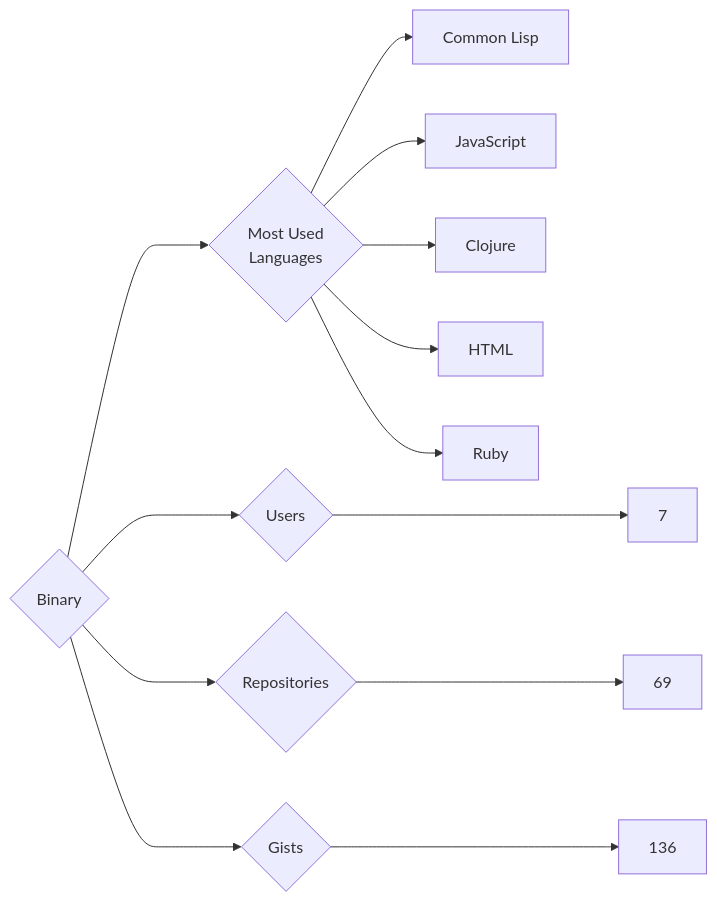
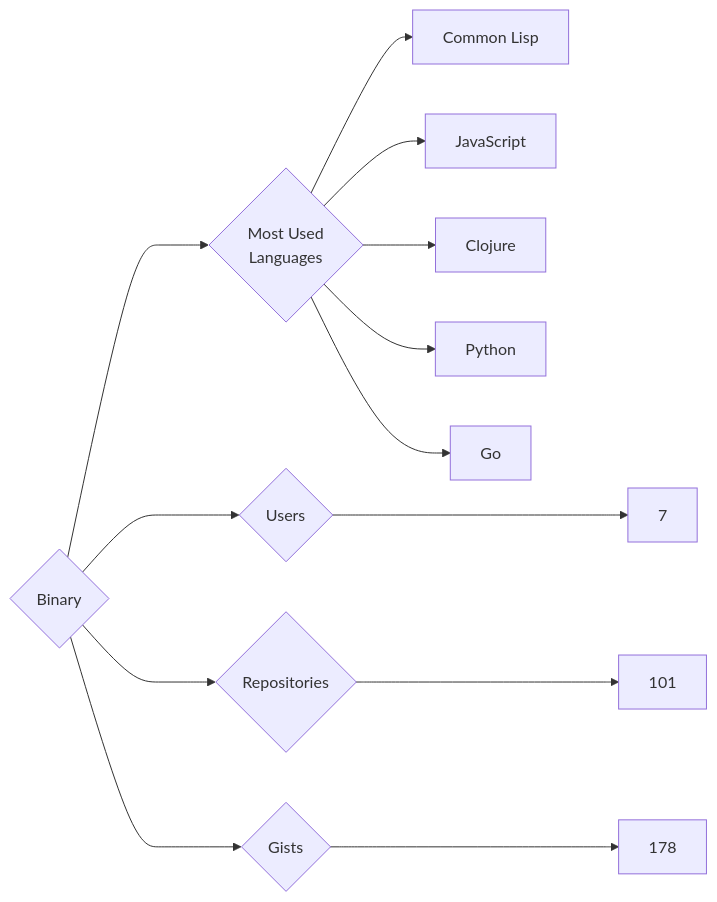
One commit to trickest/insiders changed the diagram in targets/Binary/README.md. Above: the diagram before and after it, drawn with Mermaid. The commit also changed 1030 other files, not shown here.

````diff
--- a/targets/Binary/README.md
+++ b/targets/Binary/README.md
@@ -3,13 +3,13 @@
 ```mermaid
 graph LR
 COMPANY_NAME{Binary}
 COMPANY_NAME ---> U{Users} ---> UN[7]
-COMPANY_NAME ---> R{Repositories} ---> RN[69]
-COMPANY_NAME ---> G{Gists} ---> GN[136]
+COMPANY_NAME ---> R{Repositories} ---> RN[101]
+COMPANY_NAME ---> G{Gists} ---> GN[178]
 COMPANY_NAME ---> ML{Most Used<br>Languages}
 ML --> Common_Lisp[Common Lisp]
 ML --> JavaScript[JavaScript]
 ML --> Clojure[Clojure]
-ML --> HTML[HTML]
-ML --> Ruby[Ruby]
+ML --> Python[Python]
+ML --> Go[Go]
 ```
````
